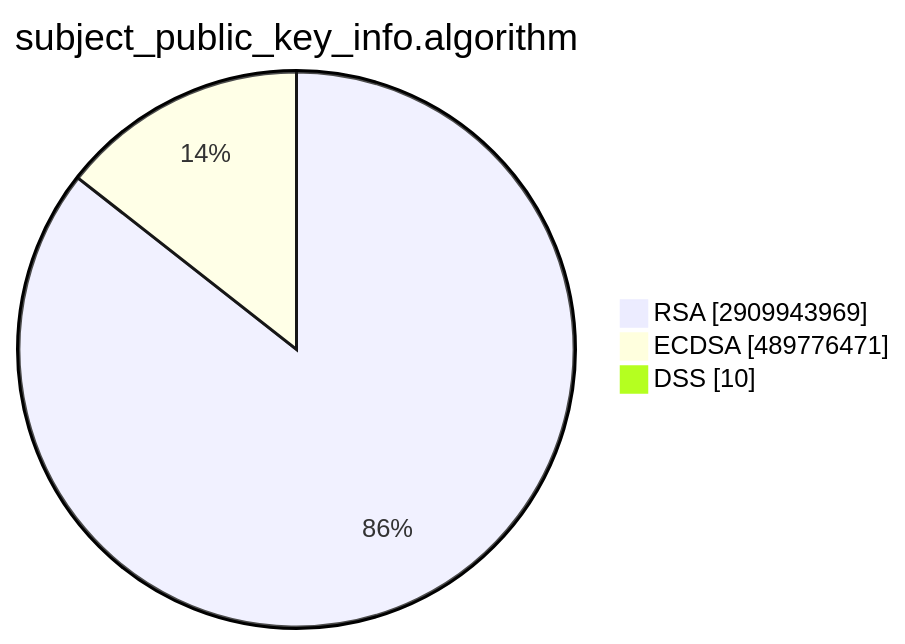
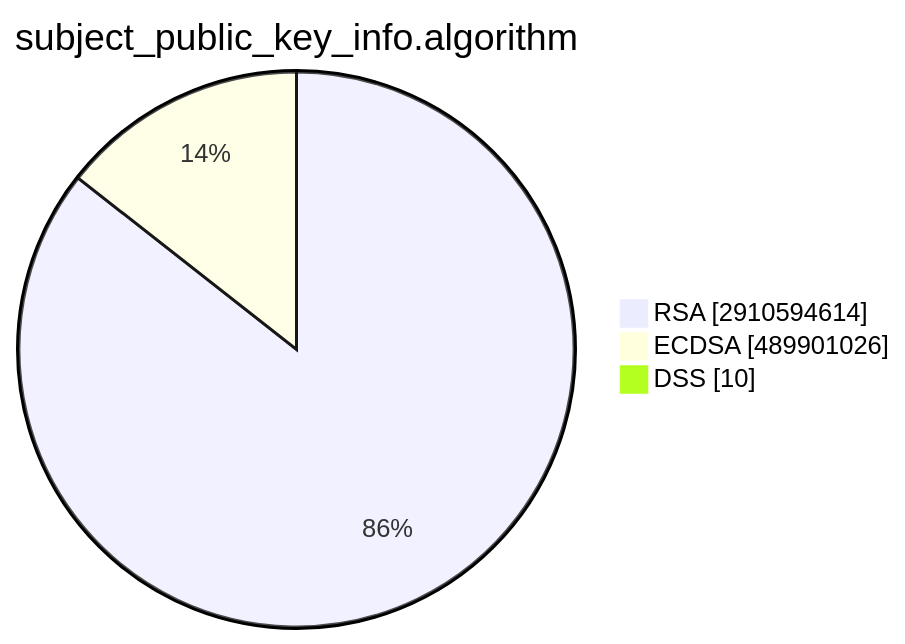
The second of 15 diagrams in TOTAL/README.md (christiankrug/ctmonitor_visualization), drawn with Mermaid before and after one commit. The commit also changed other lines of this file, not shown here.

````diff
--- a/TOTAL/README.md
+++ b/TOTAL/README.md
@@ -6,7 +6,7 @@
 ```mermaid
 pie showData
 title subject_public_key_info.algorithm
-"RSA" :2909943969
-"ECDSA" :489776471
+"RSA" :2910594614
+"ECDSA" :489901026
 "DSS" :10
 ```
````
